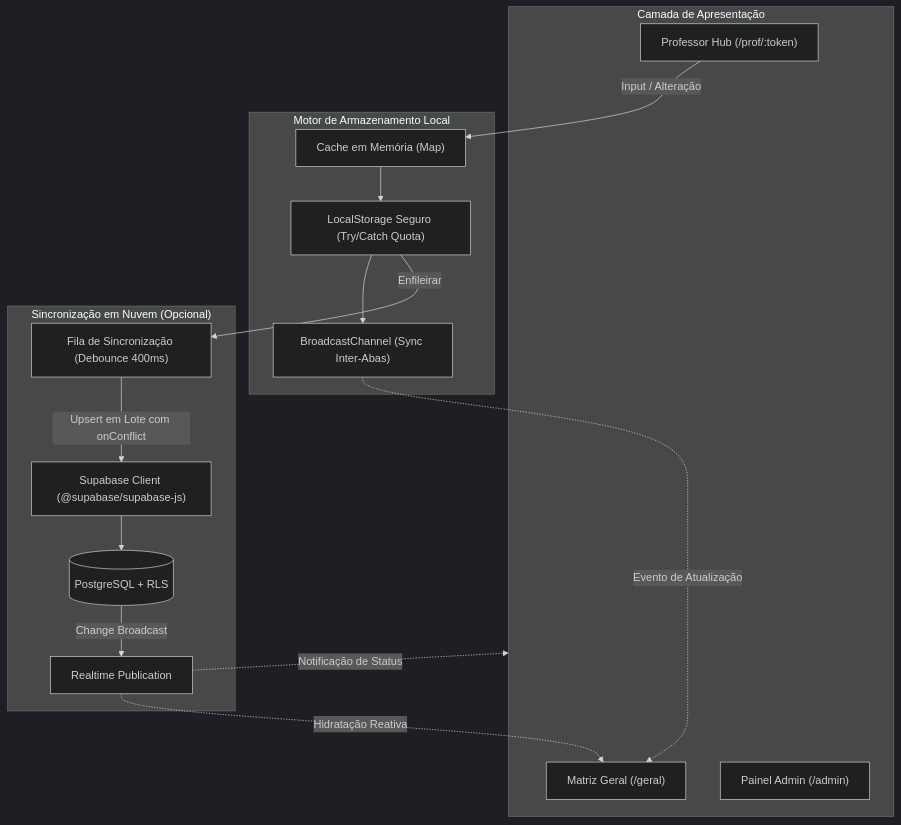
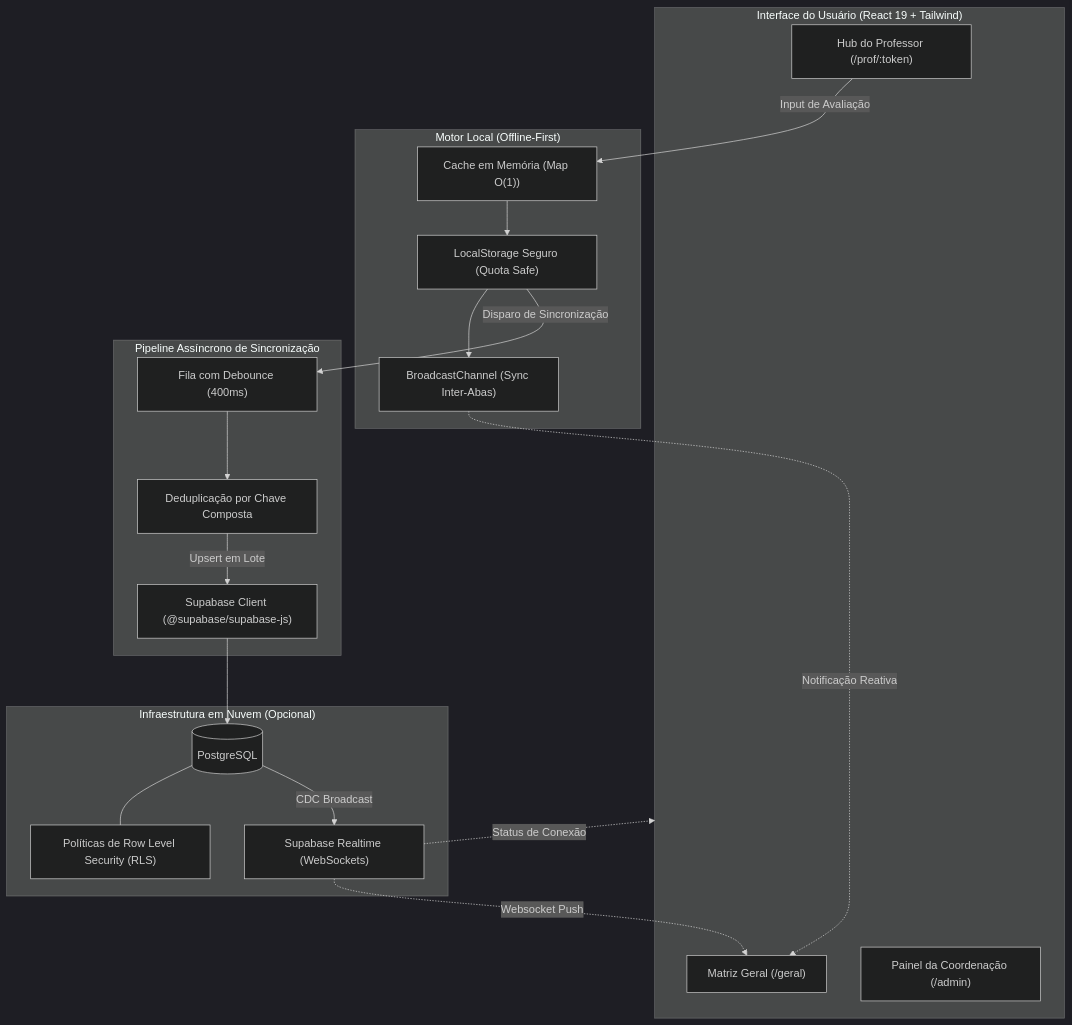
Before and after one commit to owmyr/SantaMarcelina: the diagram in README.md, drawn with Mermaid (dark theme). The commit also changed other lines of this file and 10 other files, not shown here.

````diff
--- a/README.md
+++ b/README.md
@@ -70,33 +73,40 @@
 ```mermaid
 flowchart TD
-    subgraph UI ["Camada de Apresentação"]
-        P["Professor Hub (/prof/:token)"]
-        G["Matriz Geral (/geral)"]
-        A["Painel Admin (/admin)"]
+    subgraph ClientLayer ["Interface do Usuário (React 19 + Tailwind)"]
+        PH["Hub do Professor (/prof/:token)"]
+        MG["Matriz Geral (/geral)"]
+        AD["Painel da Coordenação (/admin)"]
     end
 
-    subgraph StorageEngine ["Motor de Armazenamento Local"]
-        MemCache["Cache em Memória (Map)"]
-        SafeStorage["LocalStorage Seguro (Try/Catch Quota)"]
-        BC["BroadcastChannel (Sync Inter-Abas)"]
+    subgraph LocalEngine ["Motor Local (Offline-First)"]
+        MemMap["Cache em Memória (Map O(1))"]
+        LocalStore["LocalStorage Seguro (Quota Safe)"]
+        BChan["BroadcastChannel (Sync Inter-Abas)"]
     end
 
-    subgraph RemoteSync ["Sincronização em Nuvem (Opcional)"]
-        Queue["Fila de Sincronização (Debounce 400ms)"]
-        SupaClient["Supabase Client (@supabase/supabase-js)"]
-        Postgres[("PostgreSQL + RLS")]
-        RT["Realtime Publication"]
+    subgraph AsyncPipeline ["Pipeline Assíncrono de Sincronização"]
+        DebounceBuffer["Fila com Debounce (400ms)"]
+        BatchDedup["Deduplicação por Chave Composta"]
+        SupaSDK["Supabase Client (@supabase/supabase-js)"]
     end
 
-    P -->|Input / Alteração| MemCache
-    MemCache --> SafeStorage
-    SafeStorage --> BC
-    BC -.->|Evento de Atualização| G
-    
-    SafeStorage -->|Enfileirar| Queue
-    Queue -->|Upsert em Lote com onConflict| SupaClient
-    SupaClient --> Postgres
-    Postgres -->|Change Broadcast| RT
-    RT -.->|Hidratação Reativa| G
-    RT -.->|Notificação de Status| UI
+    subgraph CloudLayer ["Infraestrutura em Nuvem (Opcional)"]
+        PgDB[("PostgreSQL")]
+        RLSPol["Políticas de Row Level Security (RLS)"]
+        RealtimePub["Supabase Realtime (WebSockets)"]
+    end
+
+    PH -->|Input de Avaliação| MemMap
+    MemMap --> LocalStore
+    LocalStore --> BChan
+    BChan -.->|Notificação Reativa| MG
+
+    LocalStore -->|Disparo de Sincronização| DebounceBuffer
+    DebounceBuffer --> BatchDedup
+    BatchDedup -->|Upsert em Lote| SupaSDK
+    SupaSDK --> PgDB
+    PgDB --- RLSPol
+    PgDB -->|CDC Broadcast| RealtimePub
+    RealtimePub -.->|Websocket Push| MG
+    RealtimePub -.->|Status de Conexão| ClientLayer
 ```
````
